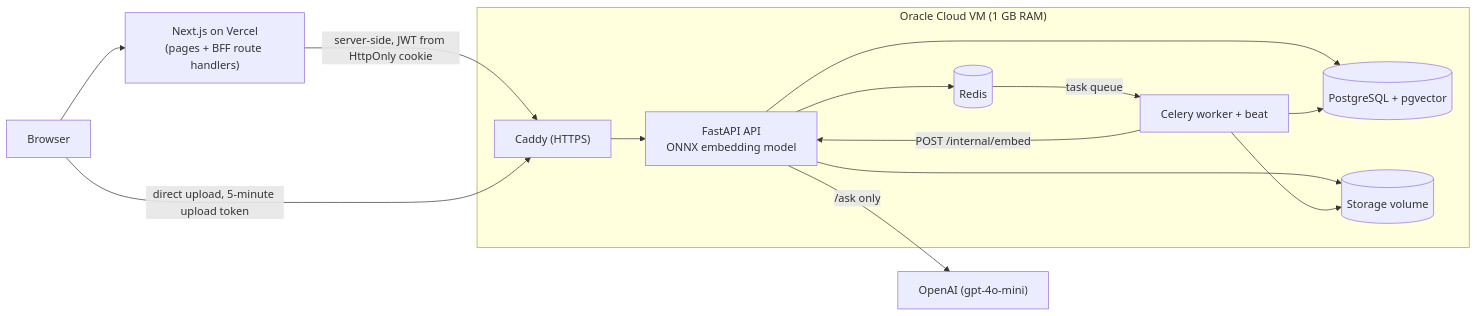
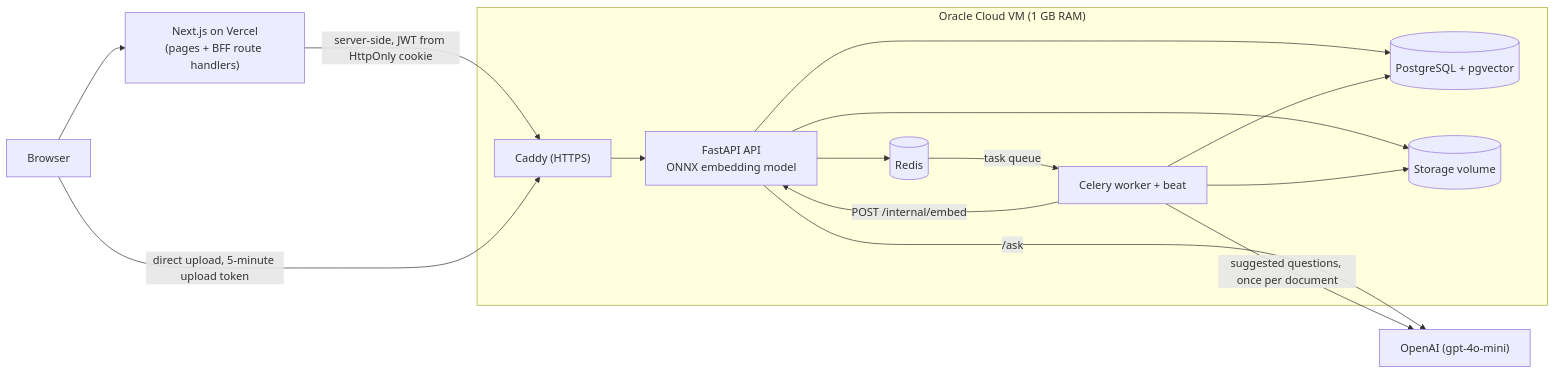
One commit to shahil5z/document-intelligence-analysis changed the diagram in README.md. Above: the diagram before and after it, drawn with Mermaid. The commit also changed other lines of this file and 2 other files, not shown here.

Commit message:
README: trim to the demo-facing sections and mention suggested questions

````diff
--- a/README.md
+++ b/README.md
@@ -34,17 +34,18 @@
 ```mermaid
 flowchart LR
     user[Browser] --> vercel["Next.js on Vercel<br/>(pages + BFF route handlers)"]
     vercel -->|"server-side, JWT from HttpOnly cookie"| caddy
     user -->|"direct upload, 5-minute upload token"| caddy
     subgraph oracle["Oracle Cloud VM (1 GB RAM)"]
         caddy["Caddy (HTTPS)"] --> api["FastAPI API<br/>ONNX embedding model"]
         api --> pg[("PostgreSQL + pgvector")]
         api --> redis[("Redis")]
         api --> files[("Storage volume")]
         redis -->|task queue| worker["Celery worker + beat"]
         worker -->|"POST /internal/embed"| api
         worker --> pg
         worker --> files
     end
-    api -->|"/ask only"| openai["OpenAI (gpt-4o-mini)"]
+    api -->|"/ask"| openai["OpenAI (gpt-4o-mini)"]
+    worker -->|"suggested questions, once per document"| openai
 ```
````
